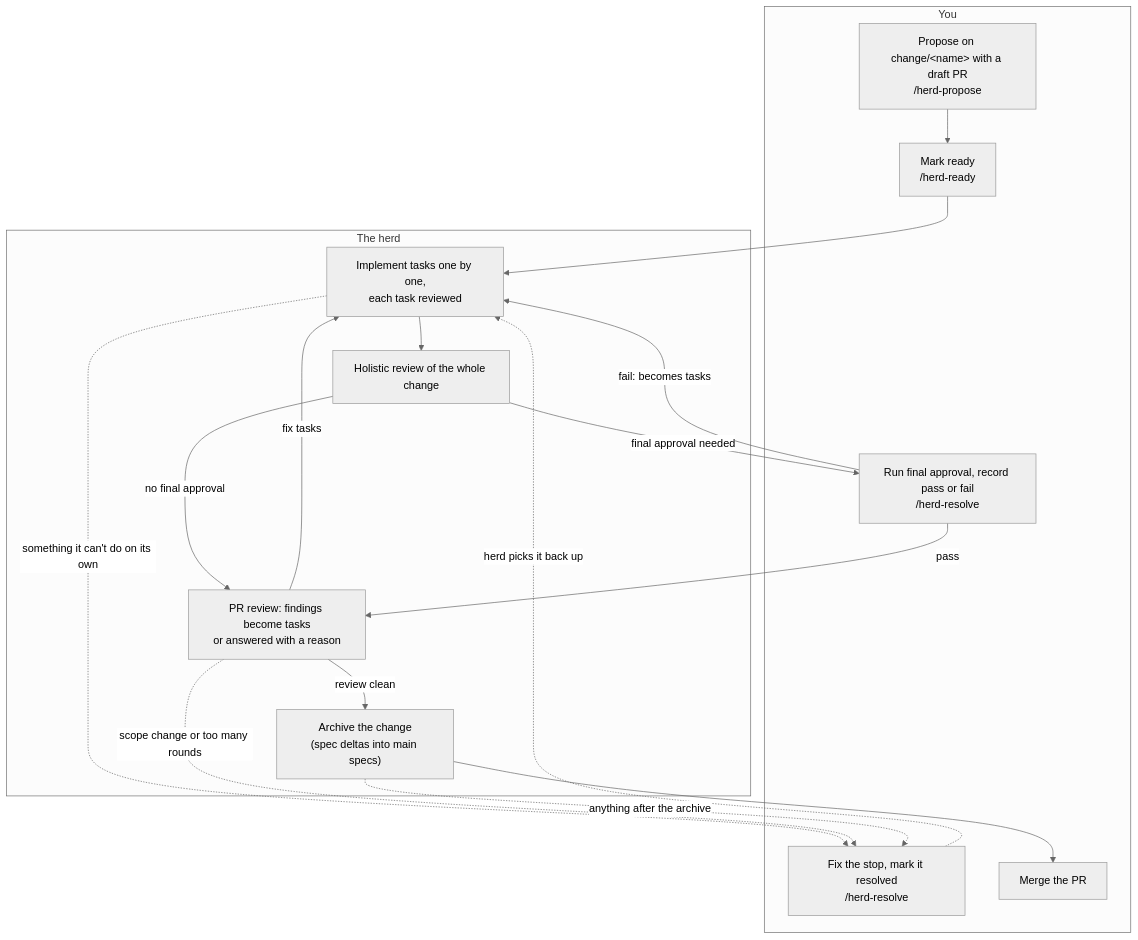
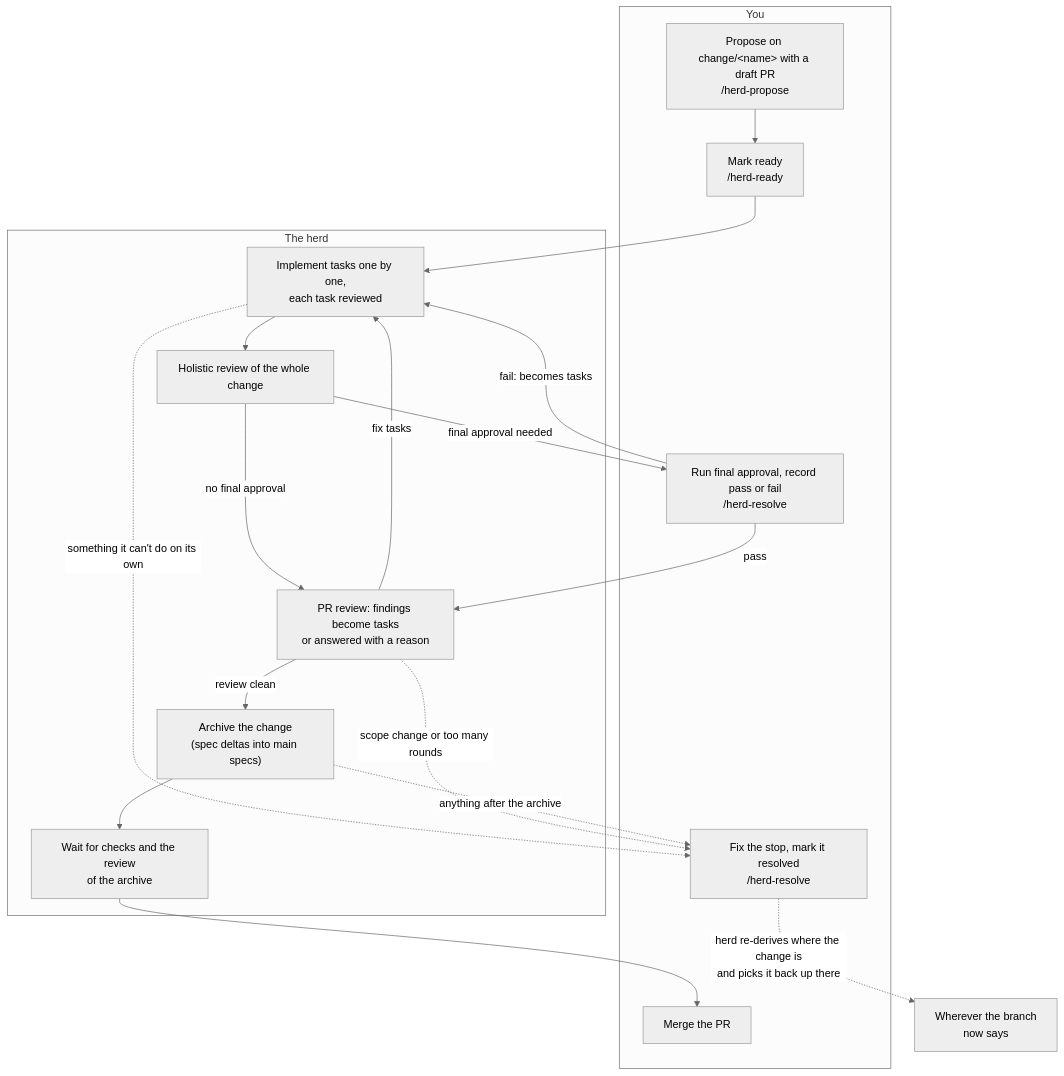
The diagram in docs/using-the-herd.md (mliikanen/herd), drawn with Mermaid (neutral theme) before and after one commit. The commit also changed 1 other file, not shown here.

Commit message:
Docs: diagram fixes from review
- The task loop continues from an accepted task to the next open one.
- Resolving a needs-human stop re-derives the state from the branch, in
  both diagrams, instead of always returning to implementing.
- The lifecycle flowchart shows the wait for checks and the archive's
  review before merging.

````diff
--- a/docs/using-the-herd.md
+++ b/docs/using-the-herd.md
@@ -23,27 +23,28 @@
 ```mermaid
 flowchart TD
     subgraph you["You"]
         P["Propose on change/&lt;name&gt; with a draft PR<br/>/herd-propose"]
         R["Mark ready<br/>/herd-ready"]
         FA["Run final approval, record pass or fail<br/>/herd-resolve"]
         NH["Fix the stop, mark it resolved<br/>/herd-resolve"]
         M["Merge the PR"]
     end
     subgraph herd["The herd"]
         I["Implement tasks one by one,<br/>each task reviewed"]
         H["Holistic review of the whole change"]
         RV["PR review: findings become tasks<br/>or answered with a reason"]
         A["Archive the change<br/>(spec deltas into main specs)"]
+        AP["Wait for checks and the review<br/>of the archive"]
     end
     P --> R --> I --> H
     H -- "final approval needed" --> FA
     H -- "no final approval" --> RV
     FA -- "pass" --> RV
     FA -- "fail: becomes tasks" --> I
     RV -- "fix tasks" --> I
-    RV -- "review clean" --> A --> M
+    RV -- "review clean" --> A --> AP --> M
     I -. "something it can't do on its own" .-> NH
     RV -. "scope change or too many rounds" .-> NH
     A -. "anything after the archive" .-> NH
-    NH -. "herd picks it back up" .-> I
+    NH -. "herd re-derives where the change is<br/>and picks it back up there" .-> RD["Wherever the branch<br/>now says"]
 ```
````
